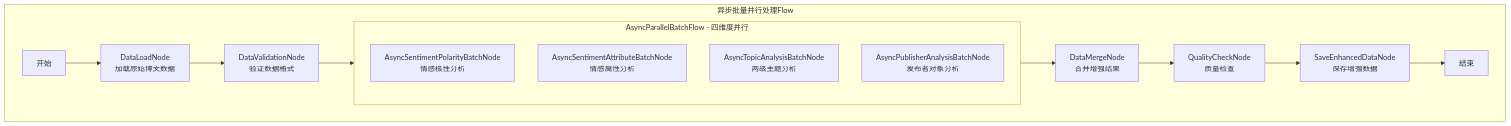
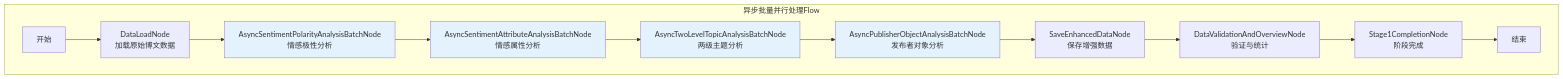
One commit to Hyacehila/AnalysisPosts changed the third of 8 diagrams in doc/design.md. Above: the diagram before and after it, drawn with Mermaid. The commit also changed other lines of this file and 4 other files, not shown here.

First line of the commit message:
feat: refactor data enhancement system with improved configuration and validation

````diff
--- a/doc/design.md
+++ b/doc/design.md
@@ -455,20 +383,19 @@
 ```mermaid
 flowchart TD
     subgraph AsyncEnhancementFlow[异步批量并行处理Flow]
         async_start[开始] --> async_load[DataLoadNode<br/>加载原始博文数据]
-        async_load --> async_validate[DataValidationNode<br/>验证数据格式]
-        async_validate --> async_parallel[AsyncParallelBatchFlow<br/>异步并行处理]
-        
-        subgraph async_parallel[AsyncParallelBatchFlow - 四维度并行]
-            async_sentiment_polarity[AsyncSentimentPolarityBatchNode<br/>情感极性分析]
-            async_sentiment_attribute[AsyncSentimentAttributeBatchNode<br/>情感属性分析]
-            async_topic[AsyncTopicAnalysisBatchNode<br/>两级主题分析]
-            async_publisher[AsyncPublisherAnalysisBatchNode<br/>发布者对象分析]
-        end
-        
-        async_parallel --> async_merge[DataMergeNode<br/>合并增强结果]
-        async_merge --> async_quality[QualityCheckNode<br/>质量检查]
-        async_quality --> async_save[SaveEnhancedDataNode<br/>保存增强数据]
-        async_save --> async_end[结束]
+        async_load --> async_sentiment_polarity[AsyncSentimentPolarityAnalysisBatchNode<br/>情感极性分析]
+        async_sentiment_polarity --> async_sentiment_attribute[AsyncSentimentAttributeAnalysisBatchNode<br/>情感属性分析]
+        async_sentiment_attribute --> async_topic[AsyncTwoLevelTopicAnalysisBatchNode<br/>两级主题分析]
+        async_topic --> async_publisher[AsyncPublisherObjectAnalysisBatchNode<br/>发布者对象分析]
+        async_publisher --> async_save[SaveEnhancedDataNode<br/>保存增强数据]
+        async_save --> async_validate[DataValidationAndOverviewNode<br/>验证与统计]
+        async_validate --> async_complete[Stage1CompletionNode<br/>阶段完成]
+        async_complete --> async_end[结束]
     end
+    
+    style async_sentiment_polarity fill:#e3f2fd
+    style async_sentiment_attribute fill:#e3f2fd
+    style async_topic fill:#e3f2fd
+    style async_publisher fill:#e3f2fd
 ```
````
